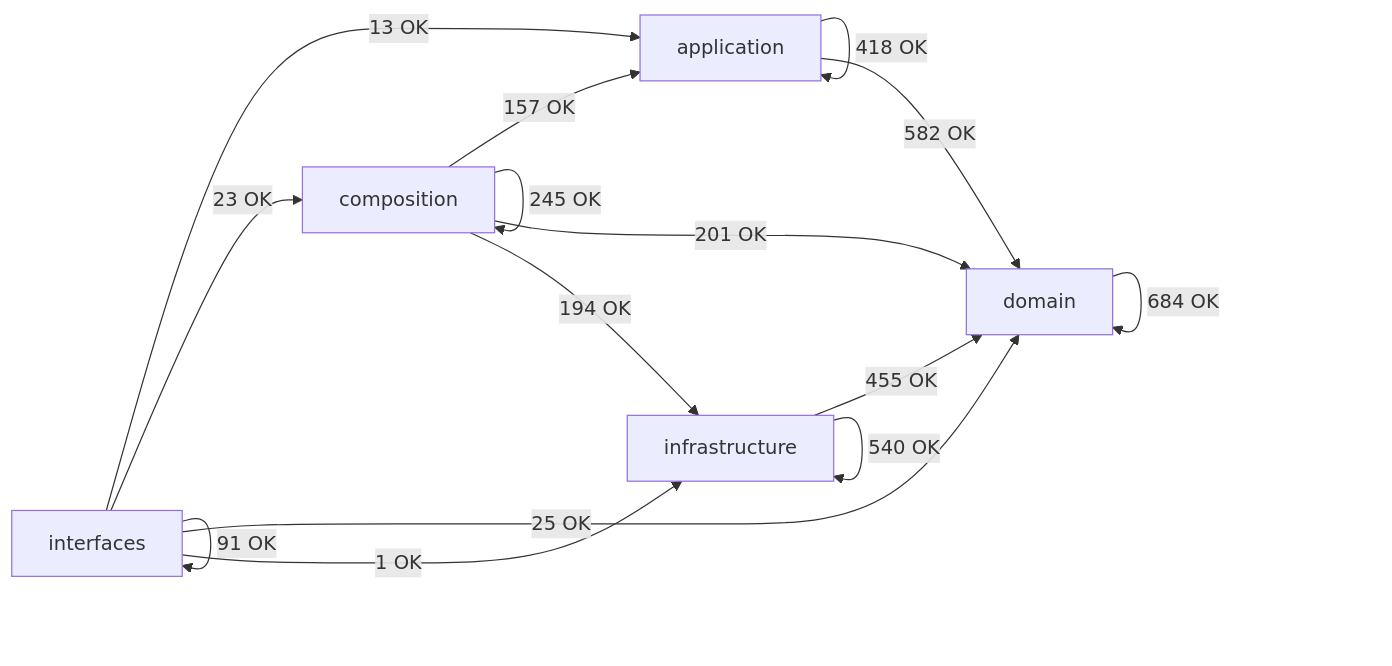
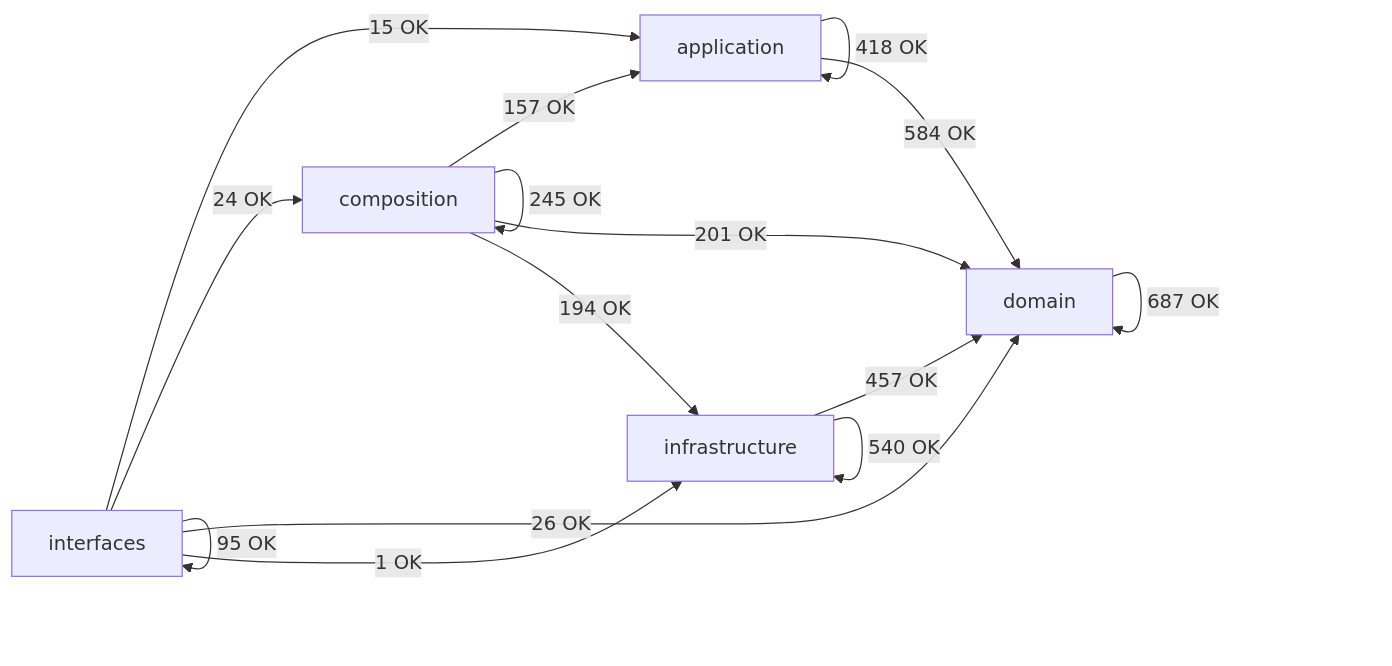
The diagram in docs/02-architecture/generated/module-dependency-map.md (SatoryKono/BioactivityDataAcquisition), drawn with Mermaid before and after one commit. The commit also changed other lines of this file and 1 other file, not shown here.

````diff
--- a/docs/02-architecture/generated/module-dependency-map.md
+++ b/docs/02-architecture/generated/module-dependency-map.md
@@ -16,22 +16,22 @@
 ```mermaid
 flowchart LR
     domain[domain]
     application[application]
     infrastructure[infrastructure]
     composition[composition]
     interfaces[interfaces]
     application -->|418 OK| application
-    application -->|582 OK| domain
+    application -->|584 OK| domain
     composition -->|157 OK| application
     composition -->|245 OK| composition
     composition -->|201 OK| domain
     composition -->|194 OK| infrastructure
-    domain -->|684 OK| domain
-    infrastructure -->|455 OK| domain
+    domain -->|687 OK| domain
+    infrastructure -->|457 OK| domain
     infrastructure -->|540 OK| infrastructure
-    interfaces -->|13 OK| application
-    interfaces -->|23 OK| composition
-    interfaces -->|25 OK| domain
+    interfaces -->|15 OK| application
+    interfaces -->|24 OK| composition
+    interfaces -->|26 OK| domain
     interfaces -->|1 OK| infrastructure
-    interfaces -->|91 OK| interfaces
+    interfaces -->|95 OK| interfaces
 ```
````
